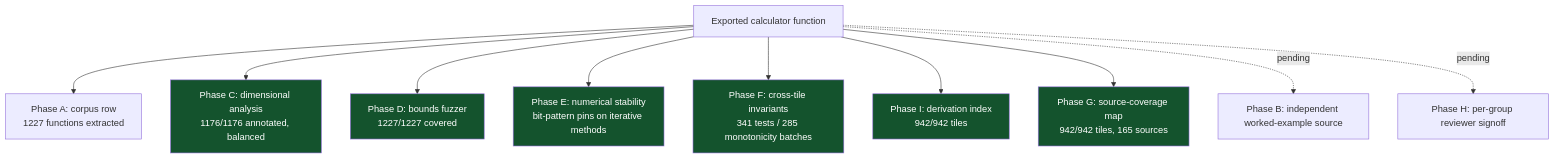
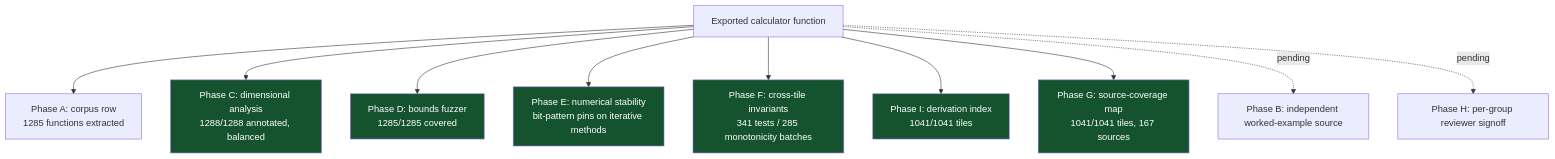
The sixth of 8 diagrams in README.md (clay-good/roughlogic.com), drawn with Mermaid before and after one commit. The commit also changed other lines of this file and 4 other files, not shown here.

````diff
--- a/README.md
+++ b/README.md
@@ -519,18 +519,18 @@
 ```mermaid
 flowchart TB
-    F[Exported calculator function] --> A[Phase A: corpus row\n1227 functions extracted]
-    F --> C[Phase C: dimensional analysis\n1176/1176 annotated, balanced]
-    F --> D[Phase D: bounds fuzzer\n1227/1227 covered]
+    F[Exported calculator function] --> A[Phase A: corpus row\n1285 functions extracted]
+    F --> C[Phase C: dimensional analysis\n1288/1288 annotated, balanced]
+    F --> D[Phase D: bounds fuzzer\n1285/1285 covered]
     F --> E[Phase E: numerical stability\nbit-pattern pins on iterative methods]
     F --> Fa[Phase F: cross-tile invariants\n341 tests / 285 monotonicity batches]
-    F --> I[Phase I: derivation index\n942/942 tiles]
-    F --> G[Phase G: source-coverage map\n942/942 tiles, 165 sources]
+    F --> I[Phase I: derivation index\n1041/1041 tiles]
+    F --> G[Phase G: source-coverage map\n1041/1041 tiles, 167 sources]
     F -.pending.-> B[Phase B: independent worked-example source]
     F -.pending.-> H[Phase H: per-group reviewer signoff]
     style C fill:#14532d,color:#fff
     style D fill:#14532d,color:#fff
     style E fill:#14532d,color:#fff
     style Fa fill:#14532d,color:#fff
     style G fill:#14532d,color:#fff
     style I fill:#14532d,color:#fff
 ```
````
